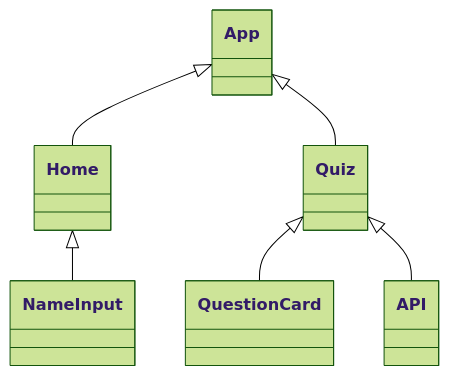
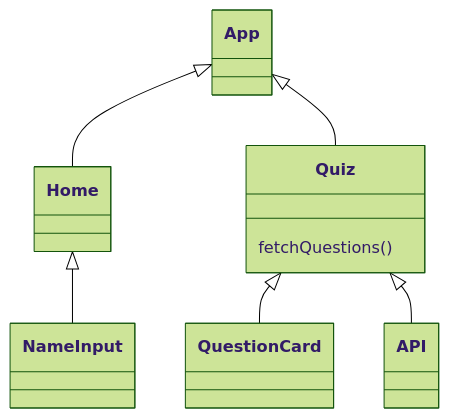
The diagram in src/diagrams/classDiagram.md (TheFullStackFred/fredrikstromberg-testing_typescipt-quiz_app), drawn with Mermaid (forest theme) before and after one commit. The commit also changed 9 other files, not shown here.

Commit message:
Fix of class diagram

````diff
--- a/src/diagrams/classDiagram.md
+++ b/src/diagrams/classDiagram.md
@@ -3,36 +3,37 @@
 ```mermaid
   classDiagram
     App <|-- Home
     App <|-- Quiz
     Quiz <|-- QuestionCard
     Home <|-- NameInput
     Quiz <|-- API
 
 
 
     class App {
 
     }
 
     class Home {
 
     }
 
     class Quiz {
+        fetchQuestions()
 
     }
 
     class QuestionCard {
 
     }
 
     class NameInput {
 
     }
 
     class API {
 
     }
 
 
 ```
````
